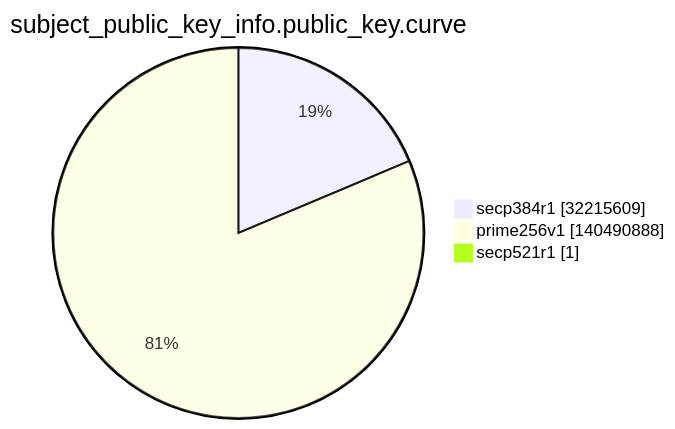
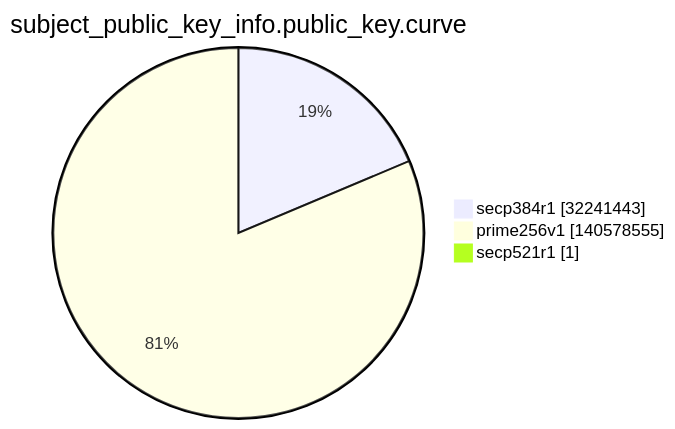
One commit to christiankrug/ctmonitor_visualization changed the ninth of 15 diagrams in argon2022/README.md. Above: the diagram before and after it, drawn with Mermaid. The commit also changed other lines of this file, not shown here.

````diff
--- a/argon2022/README.md
+++ b/argon2022/README.md
@@ -2762,7 +2762,7 @@
 ```mermaid
 pie showData
 title subject_public_key_info.public_key.curve
-"secp384r1" :32215609
-"prime256v1" :140490888
+"secp384r1" :32241443
+"prime256v1" :140578555
 "secp521r1" :1
 ```
````
